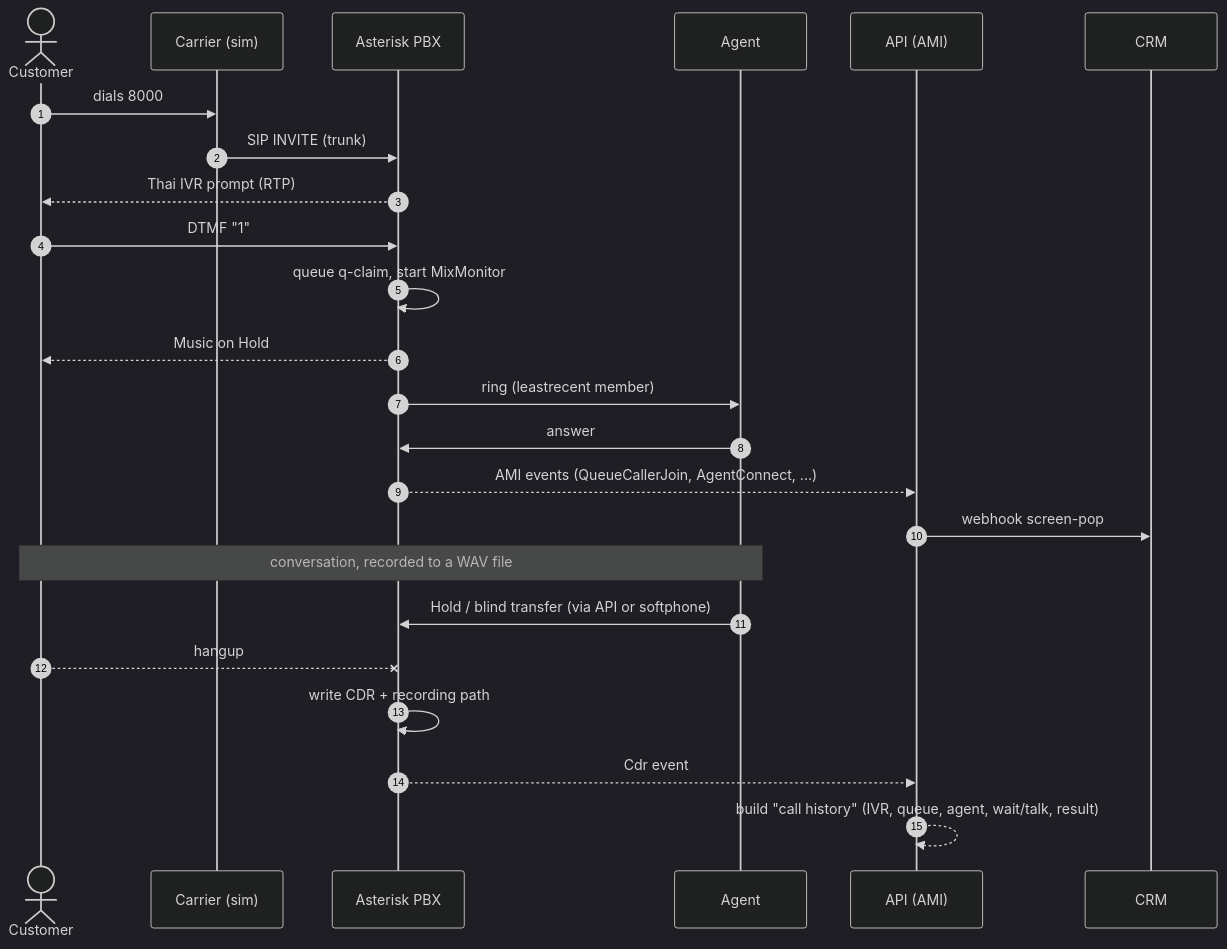
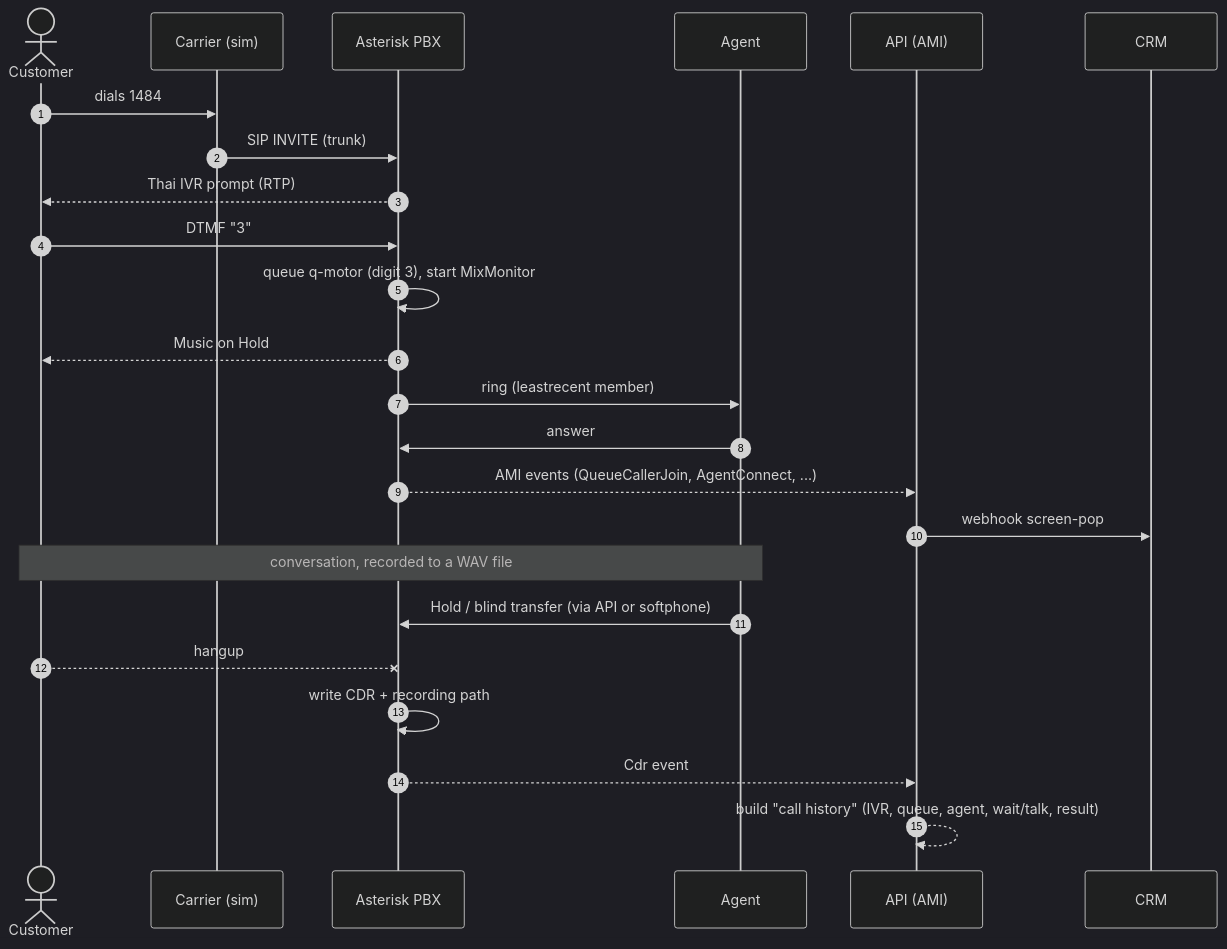
Before and after one commit to McDonan/asterisk-poc: the third of 10 diagrams in docs/ARCHITECTURE.md, drawn with Mermaid (dark theme). The commit also changed other lines of this file and 4 other files, not shown here.

````diff
--- a/docs/ARCHITECTURE.md
+++ b/docs/ARCHITECTURE.md
@@ -79,26 +85,26 @@
 ```mermaid
 sequenceDiagram
     autonumber
     actor Cu as Customer
     participant Ca as Carrier (sim)
     participant P as Asterisk PBX
     participant Ag as Agent
     participant A as API (AMI)
     participant C as CRM
-    Cu->>Ca: dials 8000
+    Cu->>Ca: dials 1484
     Ca->>P: SIP INVITE (trunk)
     P-->>Cu: Thai IVR prompt (RTP)
-    Cu->>P: DTMF "1"
-    P->>P: queue q-claim, start MixMonitor
+    Cu->>P: DTMF "3"
+    P->>P: queue q-motor (digit 3), start MixMonitor
     P-->>Cu: Music on Hold
     P->>Ag: ring (leastrecent member)
     Ag->>P: answer
     P-->>A: AMI events (QueueCallerJoin, AgentConnect, ...)
     A->>C: webhook screen-pop
     Note over Cu,Ag: conversation, recorded to a WAV file
     Ag->>P: Hold / blind transfer (via API or softphone)
     Cu--xP: hangup
     P->>P: write CDR + recording path
     P-->>A: Cdr event
     A-->>A: build "call history" (IVR, queue, agent, wait/talk, result)
 ```
````
